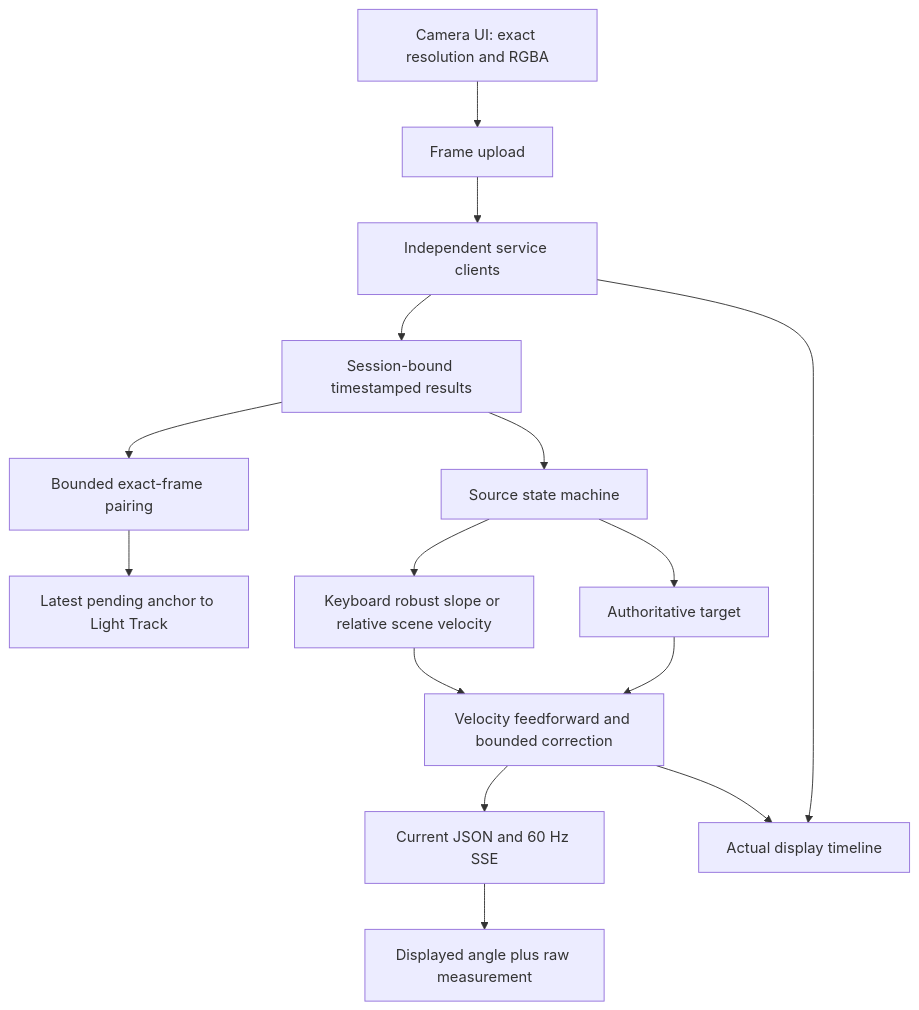
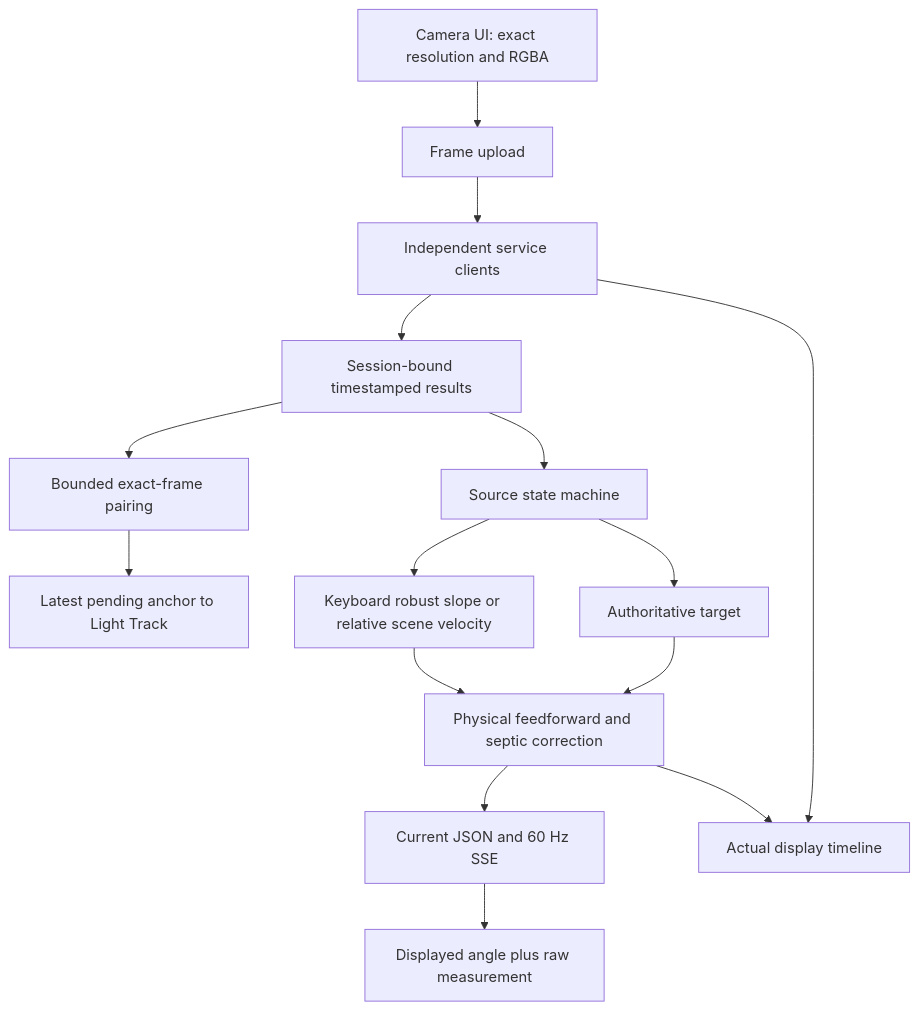
Before and after one commit to Comb1e/windows-turn: the first of 8 diagrams in fusion/docs/architecture.md, drawn with Mermaid. The commit also changed other lines of this file and 30 other files, not shown here.

````diff
--- a/fusion/docs/architecture.md
+++ b/fusion/docs/architecture.md
@@ -3,17 +3,17 @@
 ```mermaid
 flowchart TD
     UI[Camera UI: exact resolution and RGBA] --> HTTP[Frame upload]
     HTTP --> Clients[Independent service clients]
     Clients --> Results[Session-bound timestamped results]
     Results --> Engine[Source state machine]
     Results --> Pairs[Bounded exact-frame pairing]
     Pairs --> Anchors[Latest pending anchor to Light Track]
     Engine --> Motion[Keyboard robust slope or relative scene velocity]
     Engine --> Target[Authoritative target]
-    Motion --> Display[Velocity feedforward and bounded correction]
+    Motion --> Display[Physical feedforward and septic correction]
     Target --> Display
     Display --> API[Current JSON and 60 Hz SSE]
     API --> View[Displayed angle plus raw measurement]
     Display --> Recording[Actual display timeline]
     Clients --> Recording
 ```
````
